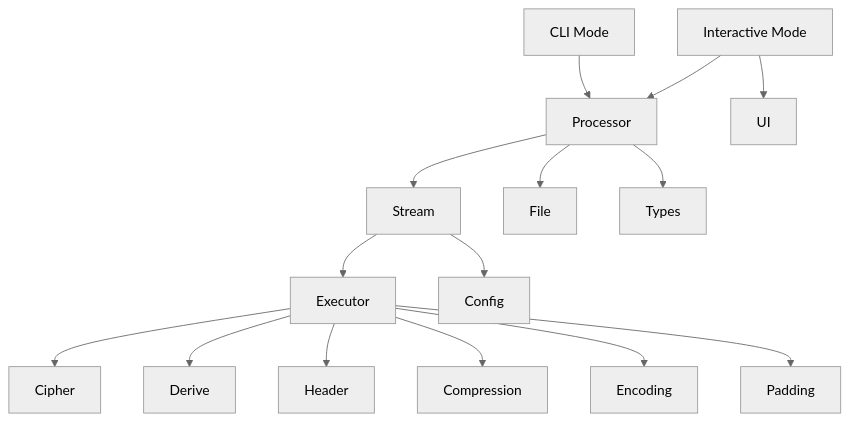
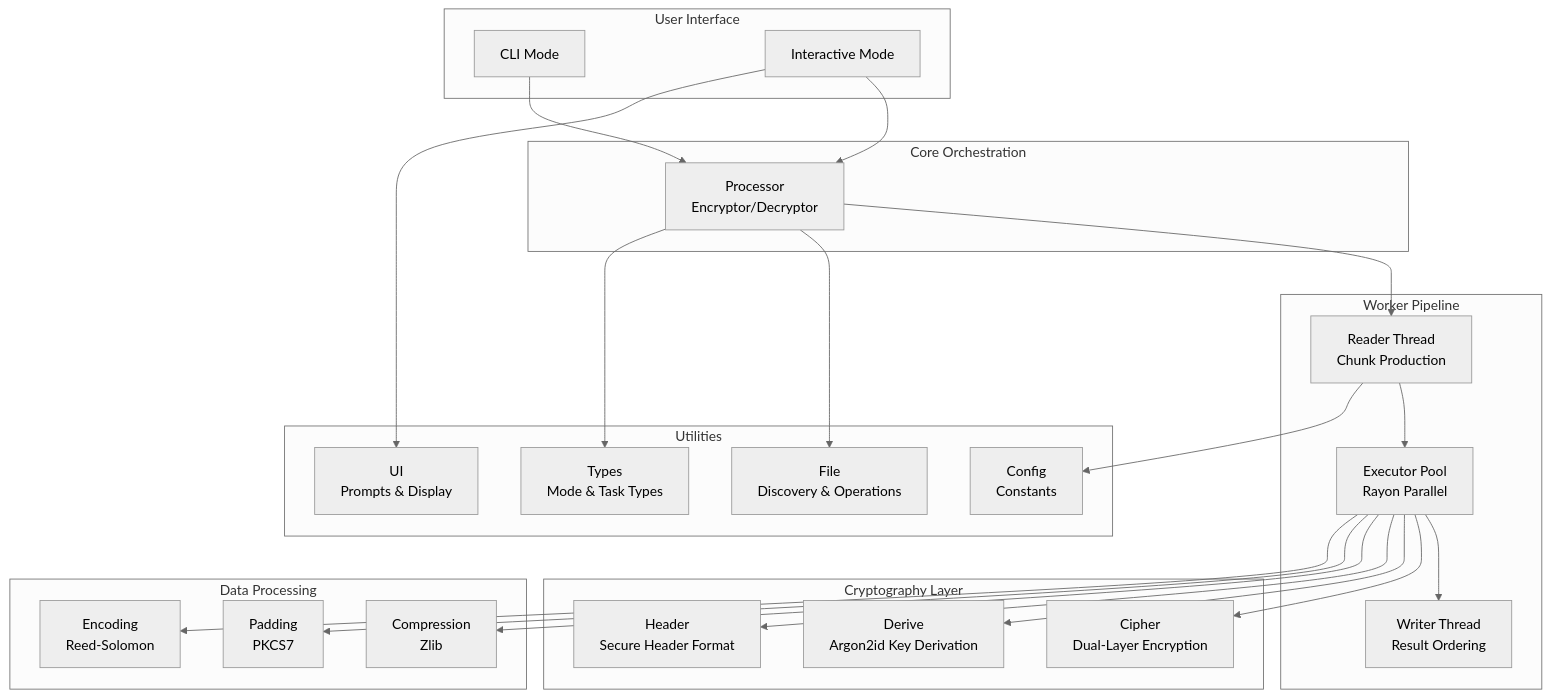
Before and after one commit to hambosto/sweetbyte-rs: the second of 2 diagrams in README.md, drawn with Mermaid (neutral theme). The commit also changed other lines of this file and 28 other files, not shown here.

````diff
--- a/README.md
+++ b/README.md
@@ -85,40 +85,55 @@
 ```mermaid
 graph TD
+    subgraph User Interface
         A[CLI Mode]
         B[Interactive Mode]
+    end
 
-        C[Processor]
-        E[Stream]
-        D[Executor]
+    subgraph Core Orchestration
+        C[Processor<br/>Encryptor/Decryptor]
+    end
 
+    subgraph Worker Pipeline
+        D[Reader Thread<br/>Chunk Production]
+        E[Executor Pool<br/>Rayon Parallel]
+        F[Writer Thread<br/>Result Ordering]
+    end
 
-        F[Cipher]
-        G[Derive]
-        H[Header]
-        I[Compression]
-        J[Encoding]
-        K[Padding]
+    subgraph Cryptography Layer
+        G[Cipher<br/>Dual-Layer Encryption]
+        H[Derive<br/>Argon2id Key Derivation]
+        I[Header<br/>Secure Header Format]
+    end
 
-        L[File]
-        M[UI]
-        N[Config]
-        Q[Types]
+    subgraph Data Processing
+        J[Compression<br/>Zlib]
+        K[Padding<br/>PKCS7]
+        L[Encoding<br/>Reed-Solomon]
+    end
+
+    subgraph Utilities
+        M[File<br/>Discovery & Operations]
+        N[UI<br/>Prompts & Display]
+        O[Config<br/>Constants]
+        P[Types<br/>Mode & Task Types]
+    end
 
     A --> C
     B --> C
 
-    C --> E
-    E --> D
+    C --> D
+    D --> E
+    E --> F
 
-    D --> F
-    D --> G
-    D --> H
-    D --> I
-    D --> J
-    D --> K
+    E --> G
+    E --> H
+    E --> I
+    E --> J
+    E --> K
+    E --> L
 
-    C --> L
-    B --> M
-    E --> N
-    C --> Q
+    C --> M
+    B --> N
+    D --> O
+    C --> P
 ```
````
